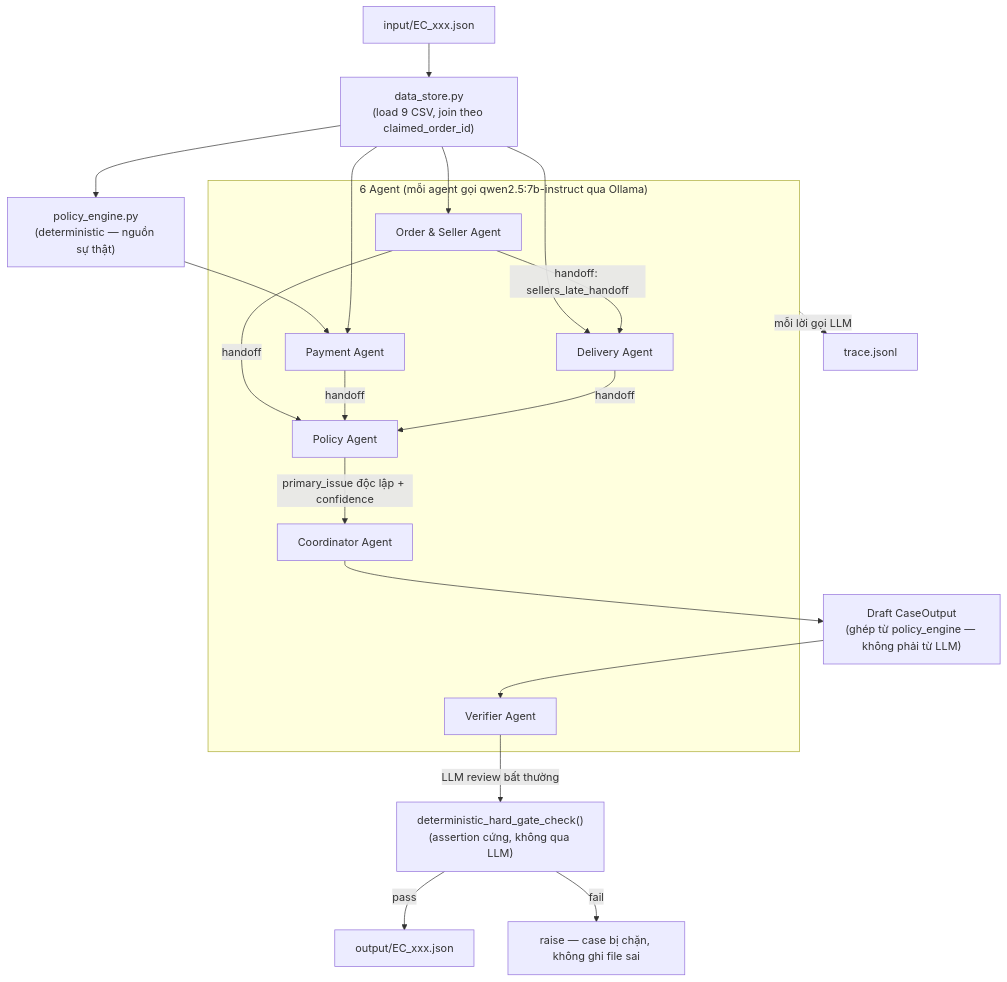
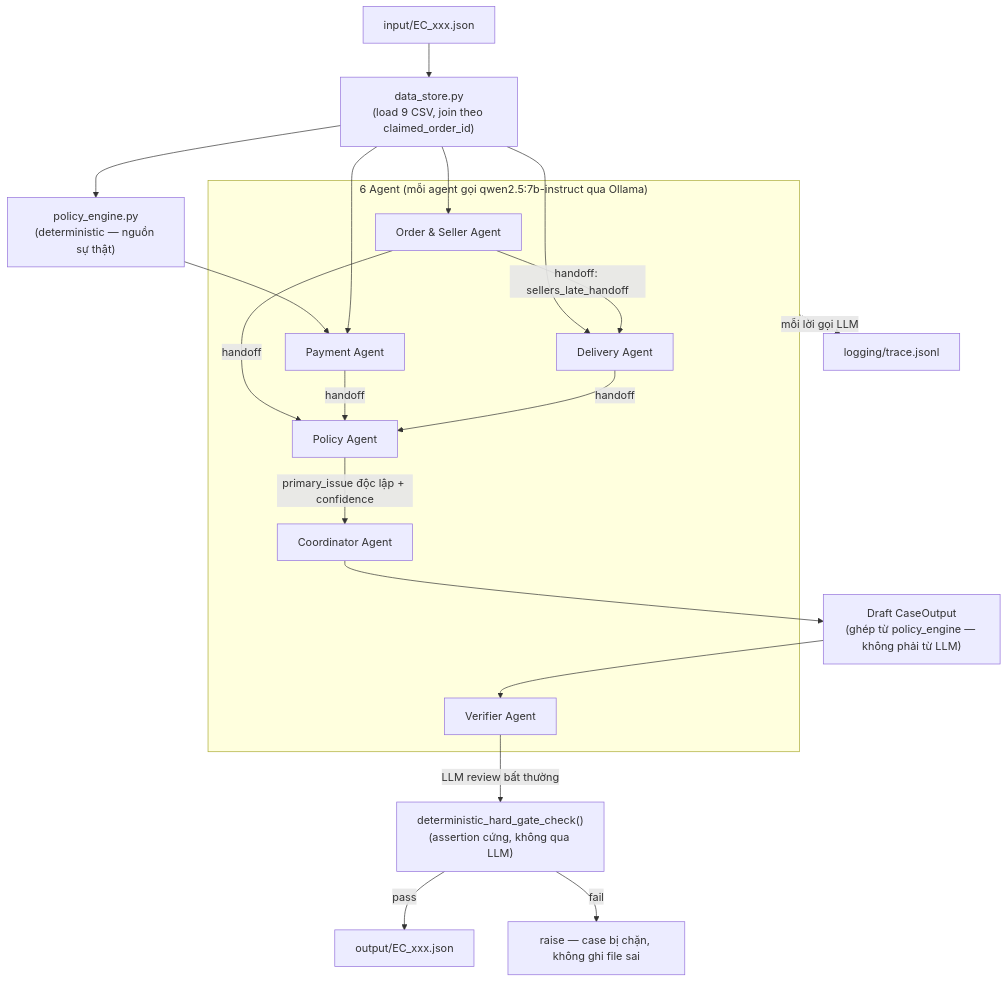
One commit to kiane000/DAY09_2A202601501_NguyenDangKyAnh changed the diagram in architecture.md. Above: the diagram before and after it, drawn with Mermaid. The commit also changed other lines of this file and 19 other files, not shown here.

````diff
--- a/architecture.md
+++ b/architecture.md
@@ -7,32 +7,32 @@
 ```mermaid
 flowchart TB
     IN["input/EC_xxx.json"] --> DS["data_store.py\n(load 9 CSV, join theo claimed_order_id)"]
     DS --> PE["policy_engine.py\n(deterministic — nguồn sự thật)"]
 
     subgraph AGENTS["6 Agent (mỗi agent gọi qwen2.5:7b-instruct qua Ollama)"]
         OSA["Order & Seller Agent"]
         PA["Payment Agent"]
         DA["Delivery Agent"]
         POA["Policy Agent"]
         VA["Verifier Agent"]
         COORD["Coordinator Agent"]
     end
 
     DS --> OSA
     PE --> PA
     DS --> PA
     DS --> DA
     OSA -->|handoff: sellers_late_handoff| DA
     OSA -->|handoff| POA
     PA -->|handoff| POA
     DA -->|handoff| POA
     POA -->|primary_issue độc lập + confidence| COORD
 
     COORD --> DRAFT["Draft CaseOutput\n(ghép từ policy_engine — không phải từ LLM)"]
     DRAFT --> VA
     VA -->|LLM review bất thường| GATE["deterministic_hard_gate_check()\n(assertion cứng, không qua LLM)"]
     GATE -->|pass| OUT["output/EC_xxx.json"]
     GATE -->|fail| ERR["raise — case bị chặn, không ghi file sai"]
 
-    AGENTS -.->|mỗi lời gọi LLM| TRACE["trace.jsonl"]
+    AGENTS -.->|mỗi lời gọi LLM| TRACE["logging/trace.jsonl"]
 ```
````
